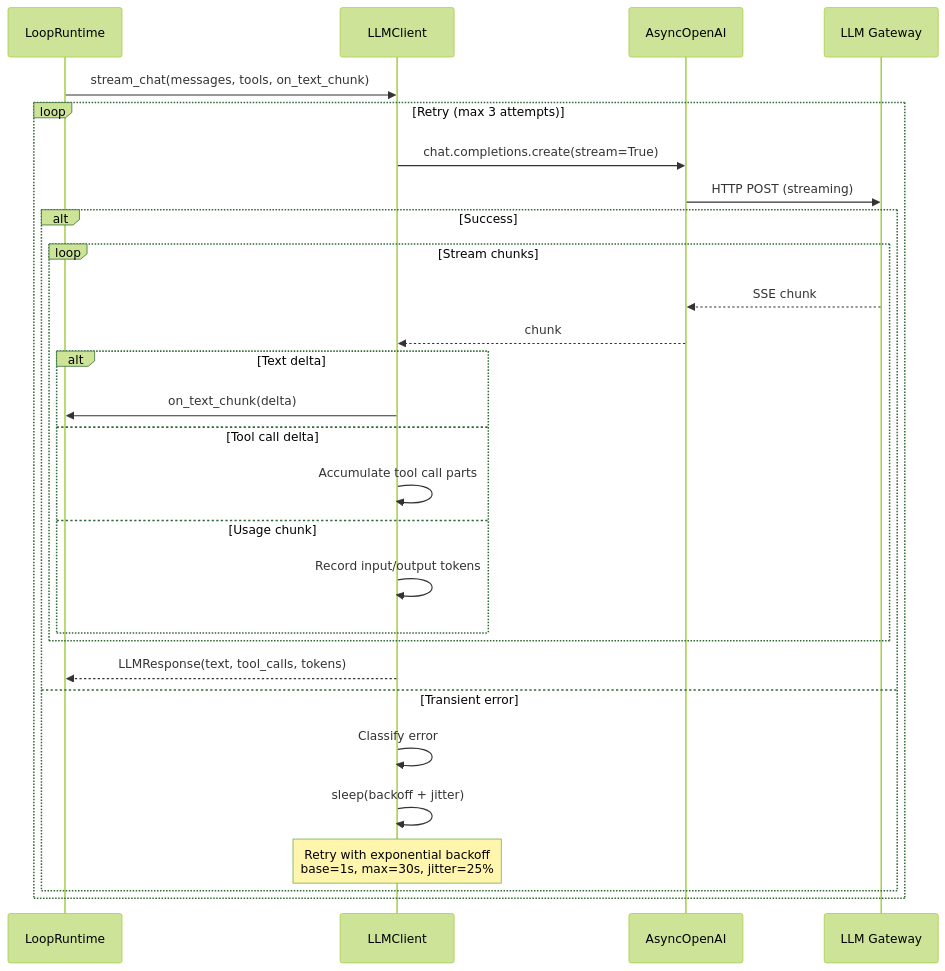
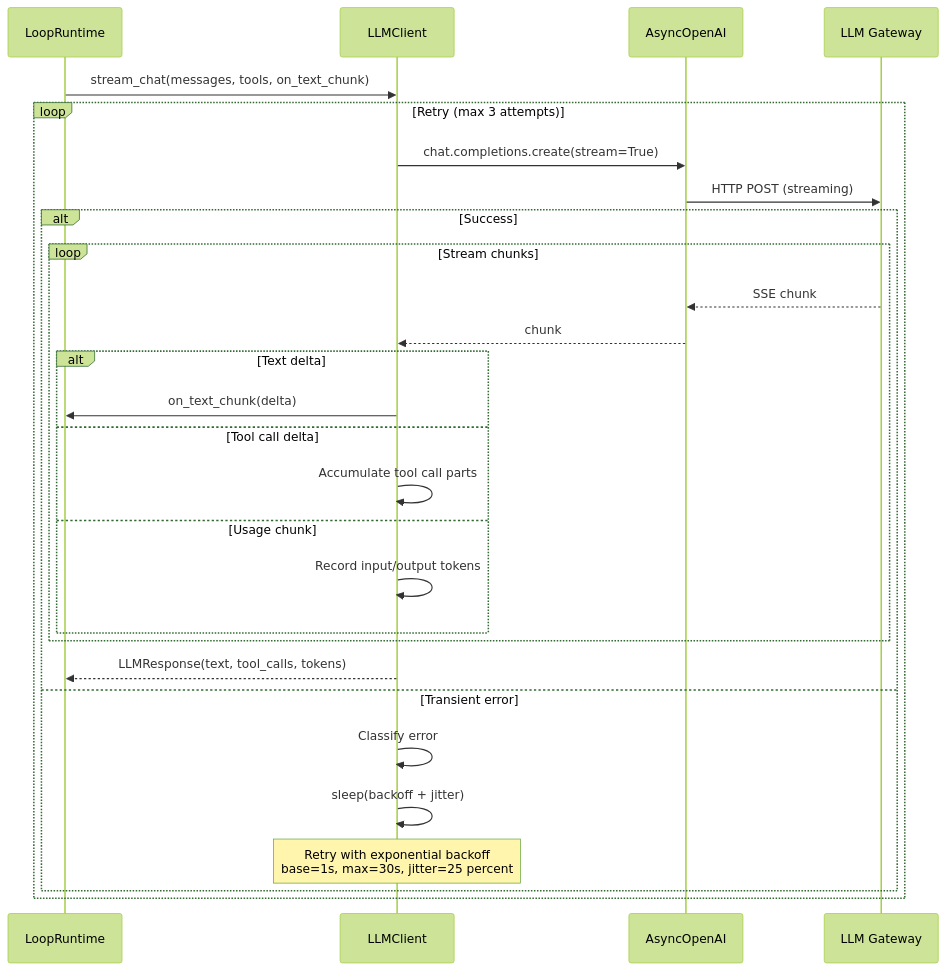
One commit to suman724/cowork-agent-runtime changed diagram 13 of 24 in docs/agent-loop-architecture.md. Above: the diagram before and after it, drawn with Mermaid (forest theme). The commit also changed other lines of this file and 112 other files, not shown here.

````diff
--- a/docs/agent-loop-architecture.md
+++ b/docs/agent-loop-architecture.md
@@ -969,33 +976,33 @@
 ```mermaid
 sequenceDiagram
     participant LR as LoopRuntime
     participant LLM as LLMClient
     participant SDK as AsyncOpenAI
     participant GW as LLM Gateway
 
     LR->>LLM: stream_chat(messages, tools, on_text_chunk)
 
     loop Retry (max 3 attempts)
         LLM->>SDK: chat.completions.create(stream=True)
         SDK->>GW: HTTP POST (streaming)
 
         alt Success
             loop Stream chunks
                 GW-->>SDK: SSE chunk
                 SDK-->>LLM: chunk
                 alt Text delta
                     LLM->>LR: on_text_chunk(delta)
                 else Tool call delta
                     LLM->>LLM: Accumulate tool call parts
                 else Usage chunk
                     LLM->>LLM: Record input/output tokens
                 end
             end
             LLM-->>LR: LLMResponse(text, tool_calls, tokens)
         else Transient error
             LLM->>LLM: Classify error
             LLM->>LLM: sleep(backoff + jitter)
-            Note over LLM: Retry with exponential backoff<br/>base=1s, max=30s, jitter=25%
+            Note over LLM: Retry with exponential backoff<br/>base=1s, max=30s, jitter=25 percent
         end
     end
 ```
````
